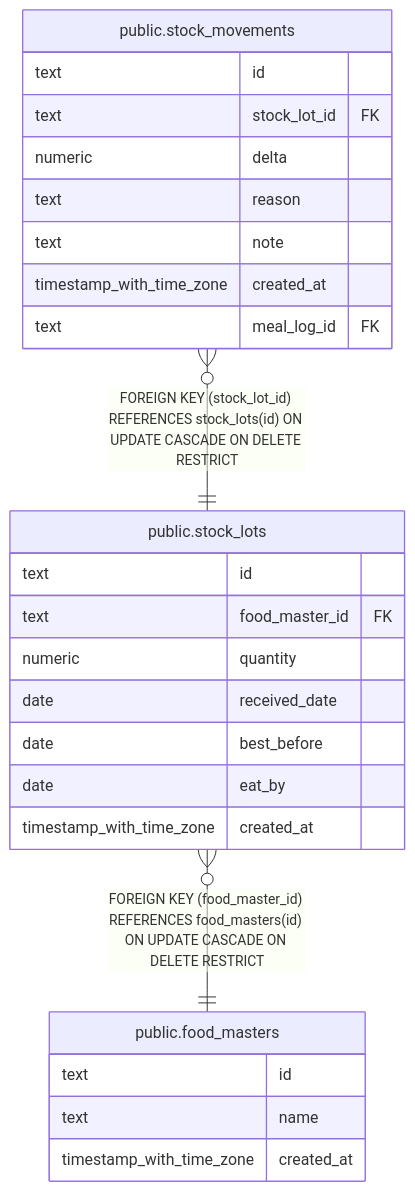
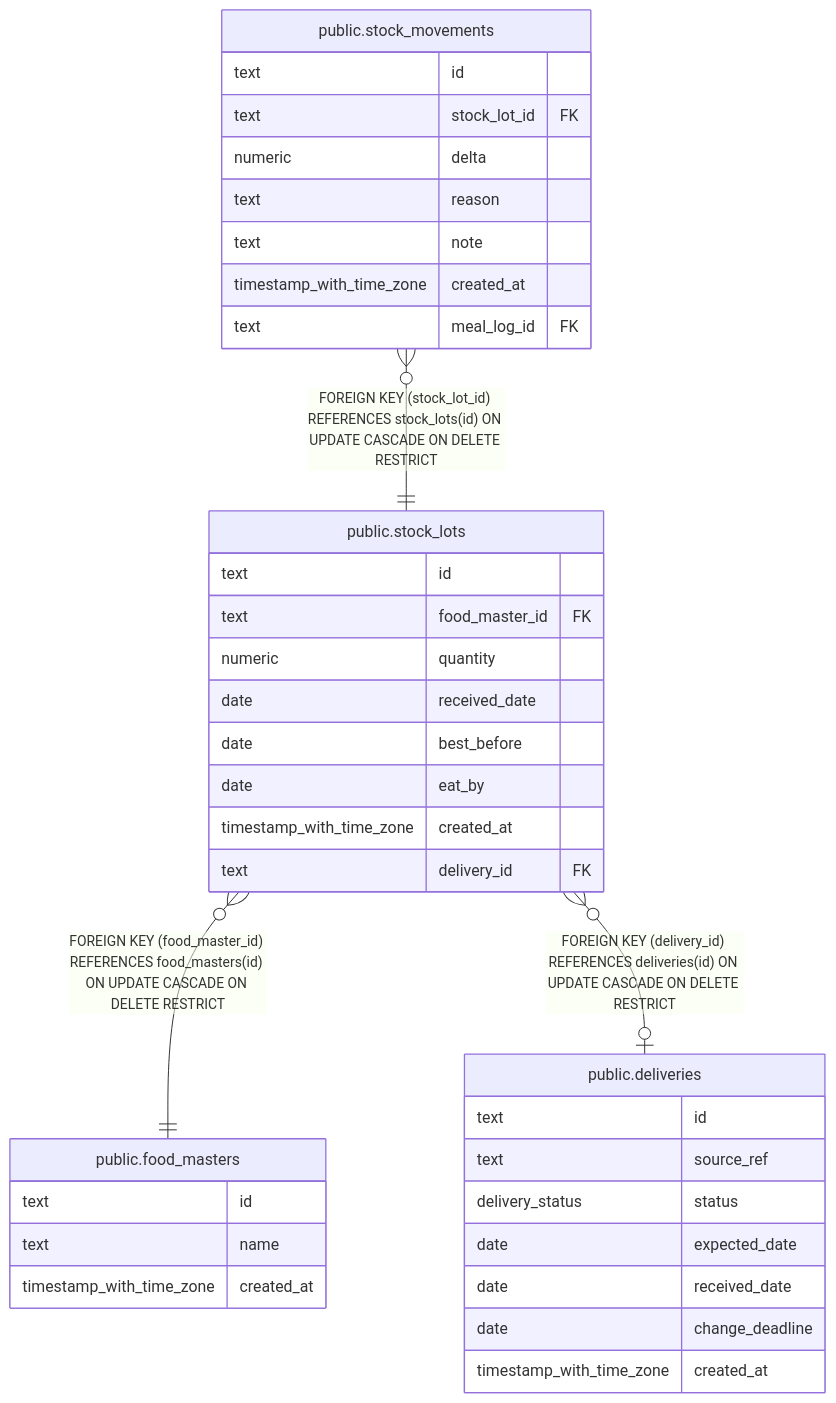
Before and after one commit to fohte/meshi: the diagram in docs/db/public.stock_lots.md, drawn with Mermaid. The commit also changed other lines of this file and 32 other files, not shown here.

Commit message:
stock: track planned deliveries and receipts (#253)

````diff
--- a/docs/db/public.stock_lots.md
+++ b/docs/db/public.stock_lots.md
@@ -40,30 +43,41 @@
 ```mermaid
 erDiagram
 
 "public.stock_movements" }o--|| "public.stock_lots" : "FOREIGN KEY (stock_lot_id) REFERENCES stock_lots(id) ON UPDATE CASCADE ON DELETE RESTRICT"
 "public.stock_lots" }o--|| "public.food_masters" : "FOREIGN KEY (food_master_id) REFERENCES food_masters(id) ON UPDATE CASCADE ON DELETE RESTRICT"
+"public.stock_lots" }o--o| "public.deliveries" : "FOREIGN KEY (delivery_id) REFERENCES deliveries(id) ON UPDATE CASCADE ON DELETE RESTRICT"
 
 "public.stock_lots" {
   text id
   text food_master_id FK
   numeric quantity
   date received_date
   date best_before
   date eat_by
   timestamp_with_time_zone created_at
+  text delivery_id FK
 }
 "public.stock_movements" {
   text id
   text stock_lot_id FK
   numeric delta
   text reason
   text note
   timestamp_with_time_zone created_at
   text meal_log_id FK
 }
 "public.food_masters" {
   text id
   text name
   timestamp_with_time_zone created_at
 }
+"public.deliveries" {
+  text id
+  text source_ref
+  delivery_status status
+  date expected_date
+  date received_date
+  date change_deadline
+  timestamp_with_time_zone created_at
+}
 ```
````
